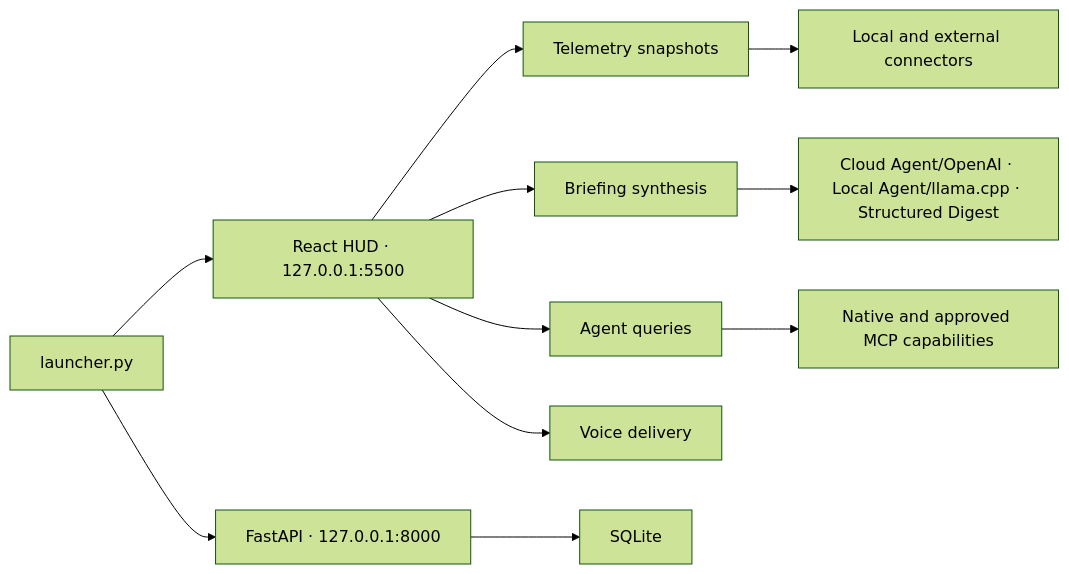
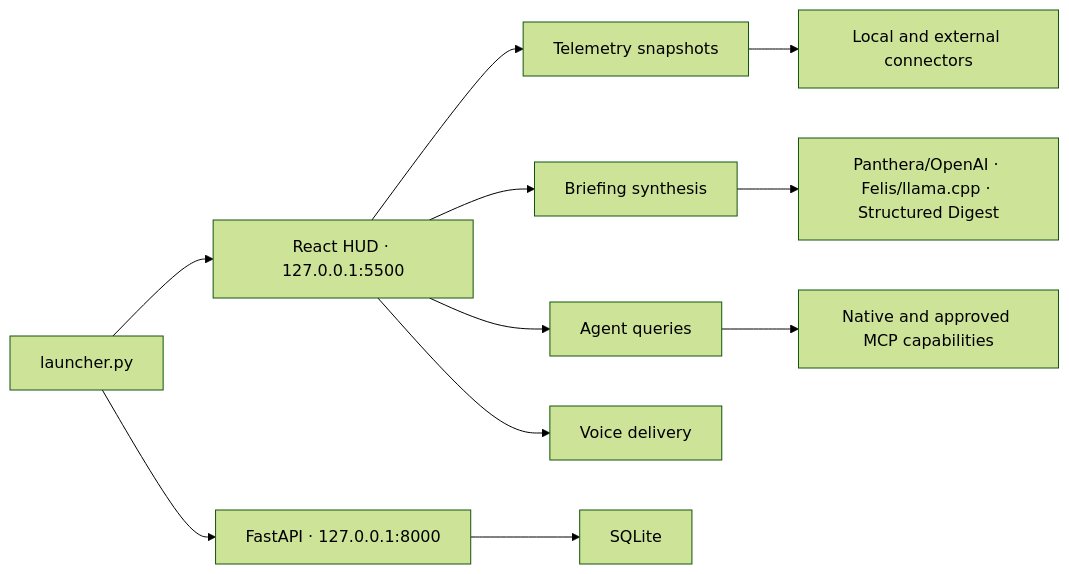
Before and after one commit to edumarcano/APEX: the diagram in README.md, drawn with Mermaid (forest theme). The commit also changed other lines of this file and 27 other files, not shown here.

````diff
--- a/README.md
+++ b/README.md
@@ -74,13 +74,13 @@
 ```mermaid
 flowchart LR
     L["launcher.py"] --> API["FastAPI · 127.0.0.1:8000"]
     L --> HUD["React HUD · 127.0.0.1:5500"]
     HUD --> T["Telemetry snapshots"]
     HUD --> B["Briefing synthesis"]
     HUD --> A["Agent queries"]
     HUD --> V["Voice delivery"]
     T --> C["Local and external connectors"]
-    B --> M["Cloud Agent/OpenAI · Local Agent/llama.cpp · Structured Digest"]
+    B --> M["Panthera/OpenAI · Felis/llama.cpp · Structured Digest"]
     A --> P["Native and approved MCP capabilities"]
     API --> DB["SQLite"]
 ```
````
